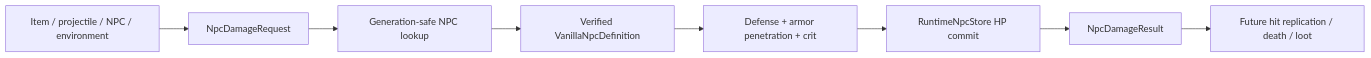
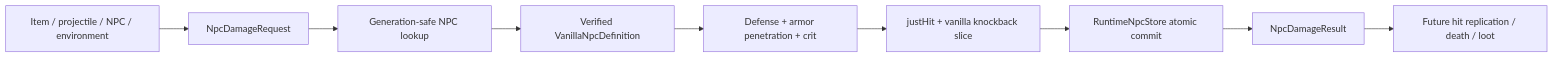
The diagram in docs/en/combat-damage.md (VegaKernel/TerraRuntime), drawn with Mermaid before and after one commit. The commit also changed other lines of this file and 30 other files, not shown here.

````diff
--- a/docs/en/combat-damage.md
+++ b/docs/en/combat-damage.md
@@ -28,10 +30,11 @@
 ```mermaid
 flowchart LR
     Source["Item / projectile / NPC / environment"] --> Request["NpcDamageRequest"]
     Request --> Lookup["Generation-safe NPC lookup"]
     Lookup --> Definition["Verified VanillaNpcDefinition"]
     Definition --> Resolve["Defense + armor penetration + crit"]
-    Resolve --> Store["RuntimeNpcStore HP commit"]
+    Resolve --> Knockback["justHit + vanilla knockback slice"]
+    Knockback --> Store["RuntimeNpcStore atomic commit"]
     Store --> Result["NpcDamageResult"]
     Result --> Future["Future hit replication / death / loot"]
 ```
````
